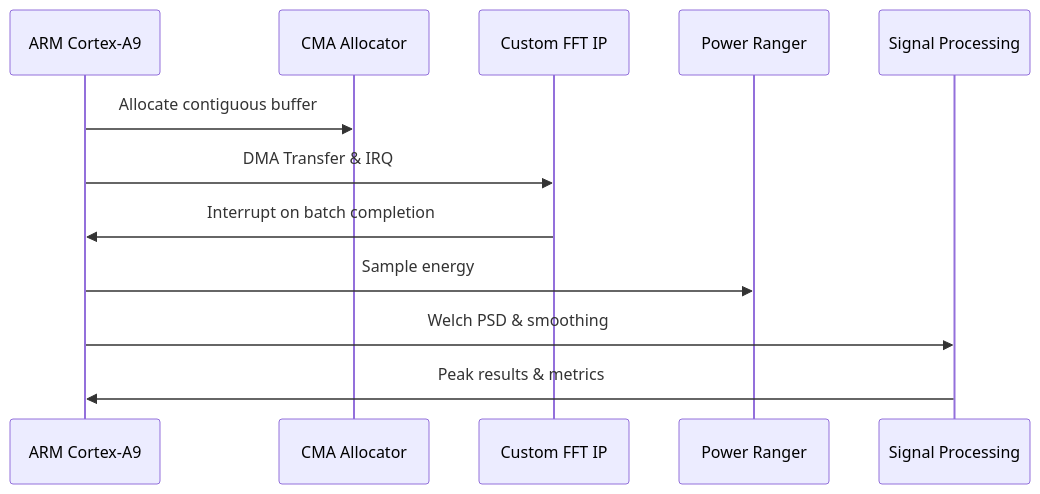
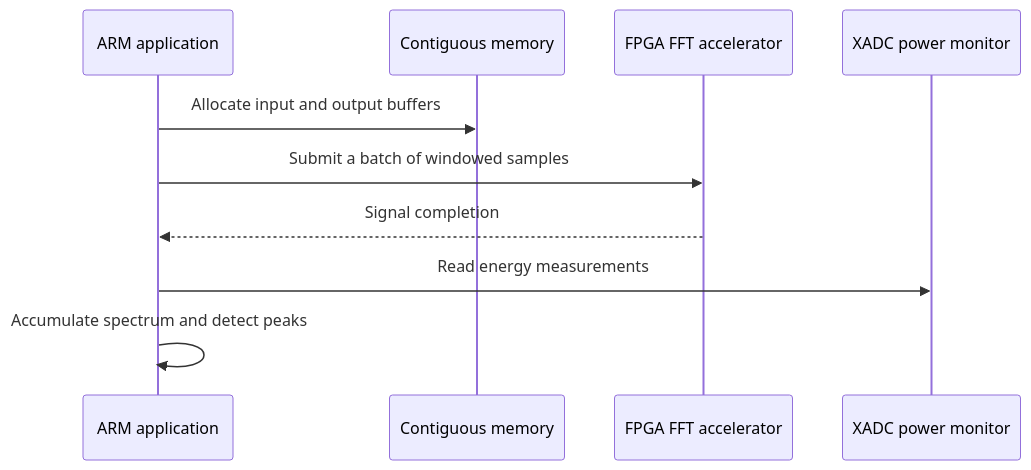
The second of 2 diagrams in README.md (Eliot-Abramo/Astrorapide), drawn with Mermaid before and after one commit. The commit also changed other lines of this file and 834 other files, not shown here.

````diff
--- a/README.md
+++ b/README.md
@@ -55,14 +44,12 @@
 ```mermaid
 sequenceDiagram
-    participant Host as ARM Cortex-A9
-    participant DMA as CMA Allocator
-    participant FPGA as Custom FFT IP
-    participant XADC as Power Ranger
-    participant SW as Signal Processing
-    Host->>DMA: Allocate contiguous buffer
-    Host->>FPGA: DMA Transfer & IRQ
-    FPGA->>Host: Interrupt on batch completion
-    Host->>XADC: Sample energy
-    Host->>SW: Welch PSD & smoothing
-    SW->>Host: Peak results & metrics
+    participant App as ARM application
+    participant CMA as Contiguous memory
+    participant FFT as FPGA FFT accelerator
+    participant XADC as XADC power monitor
+    App->>CMA: Allocate input and output buffers
+    App->>FFT: Submit a batch of windowed samples
+    FFT-->>App: Signal completion
+    App->>XADC: Read energy measurements
+    App->>App: Accumulate spectrum and detect peaks
 ```
````
